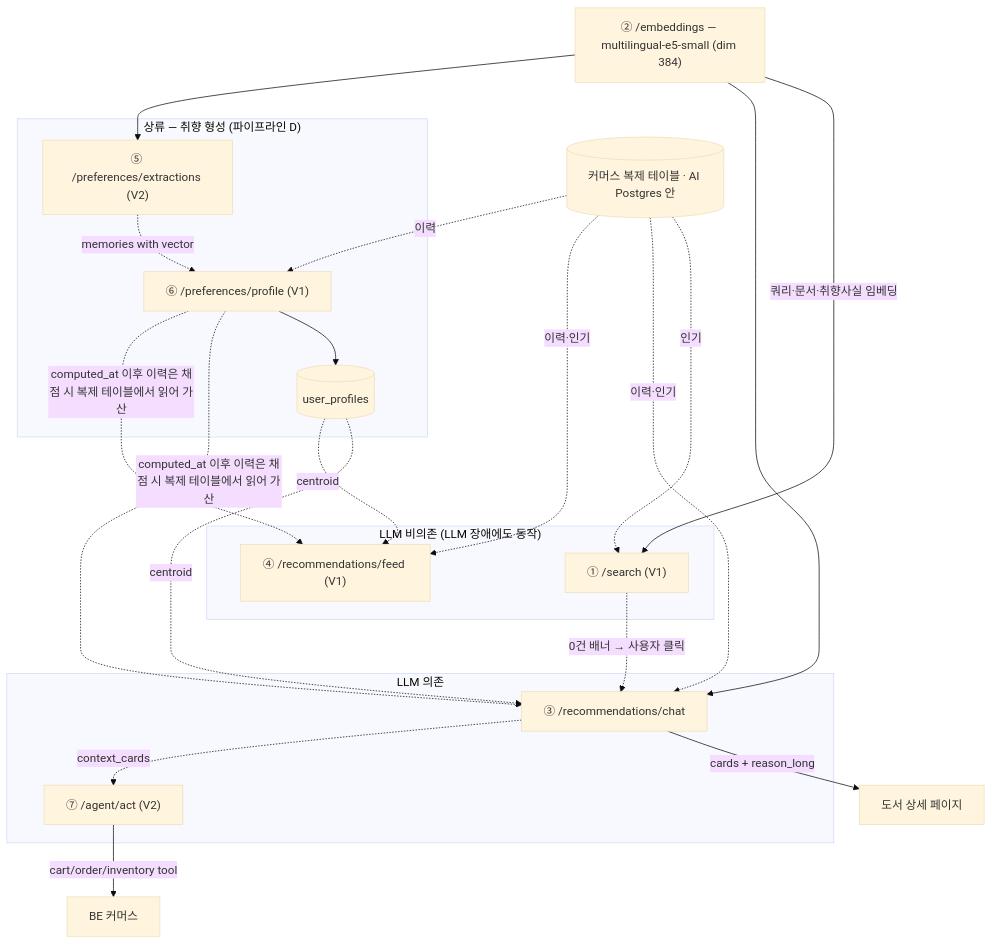
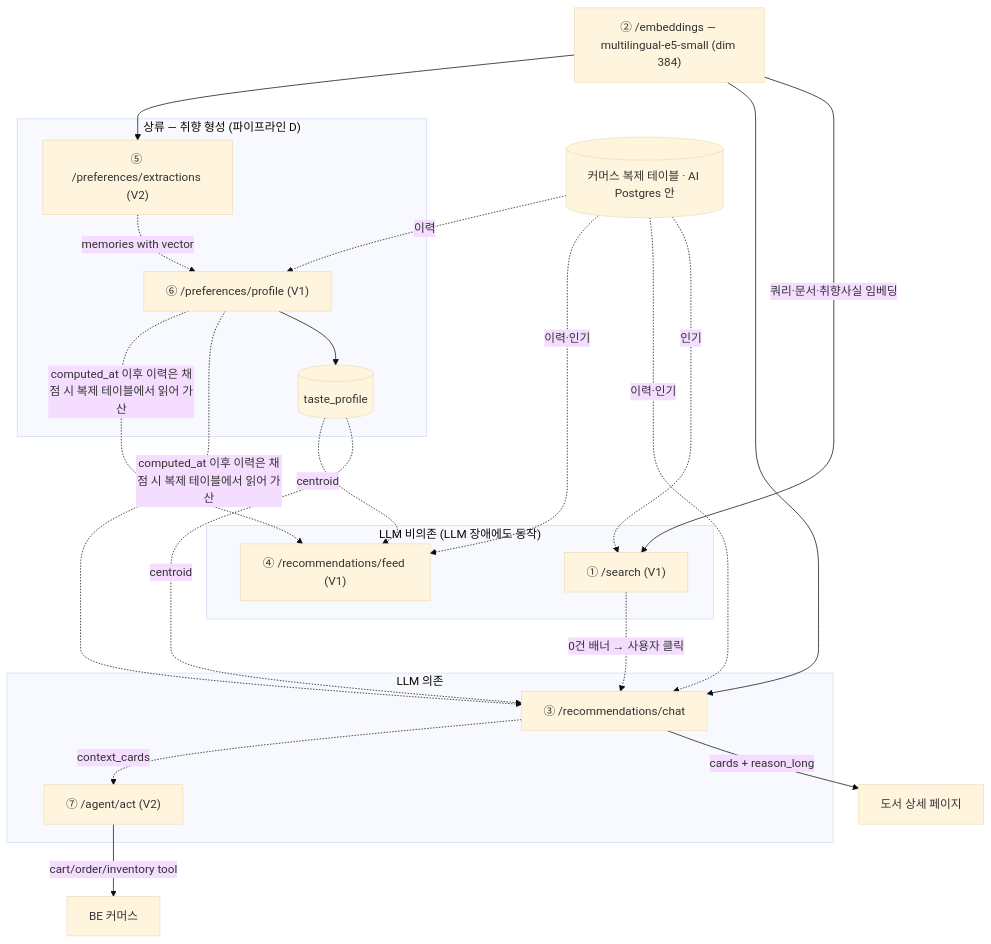
One commit to 100-hours-a-week/KTB4-13th-wiki changed the first of 7 diagrams in docs/ai/4-multistep-pipeline/design.md. Above: the diagram before and after it, drawn with Mermaid (base theme). The commit also changed other lines of this file and 1 other file, not shown here.

First line of the commit message:
docs(ai): 취향 프로필 테이블 이름을 taste_profile로 통일

````diff
--- a/docs/ai/4-multistep-pipeline/design.md
+++ b/docs/ai/4-multistep-pipeline/design.md
@@ -19,38 +19,38 @@
 ```mermaid
 flowchart TB
     EMB["② /embeddings — multilingual-e5-small (dim 384)"]
     V[("커머스 복제 테이블 · AI Postgres 안")]
 
     subgraph UP["상류 — 취향 형성 (파이프라인 D)"]
         P5["⑤ /preferences/extractions (V2)"]
         P6["⑥ /preferences/profile (V1)"]
         P5 -.->|memories with vector| P6
-        P6 --> PROF[("user_profiles")]
+        P6 --> PROF[("taste_profile")]
     end
 
     subgraph LLMFREE["LLM 비의존 (LLM 장애에도 동작)"]
         P1["① /search (V1)"]
         P4["④ /recommendations/feed (V1)"]
     end
 
     subgraph LLMDEP["LLM 의존"]
         P3["③ /recommendations/chat"]
         P7["⑦ /agent/act (V2)"]
     end
 
     EMB -->|"쿼리·문서·취향사실 임베딩"| P1
     EMB --> P3
     EMB --> P5
     V -.->|인기| P1
     V -.->|이력·인기| P3
     V -.->|이력·인기| P4
     V -.->|이력| P6
     PROF -.->|centroid| P3
     PROF -.->|centroid| P4
     P6 -.->|"computed_at 이후 이력은 채점 시 복제 테이블에서 읽어 가산"| P3
     P6 -.->|"computed_at 이후 이력은 채점 시 복제 테이블에서 읽어 가산"| P4
     P1 -.->|"0건 배너 → 사용자 클릭"| P3
     P3 -->|"cards + reason_long"| DET["도서 상세 페이지"]
     P3 -.->|context_cards| P7
     P7 -->|"cart/order/inventory tool"| BE["BE 커머스"]
 ```
````
